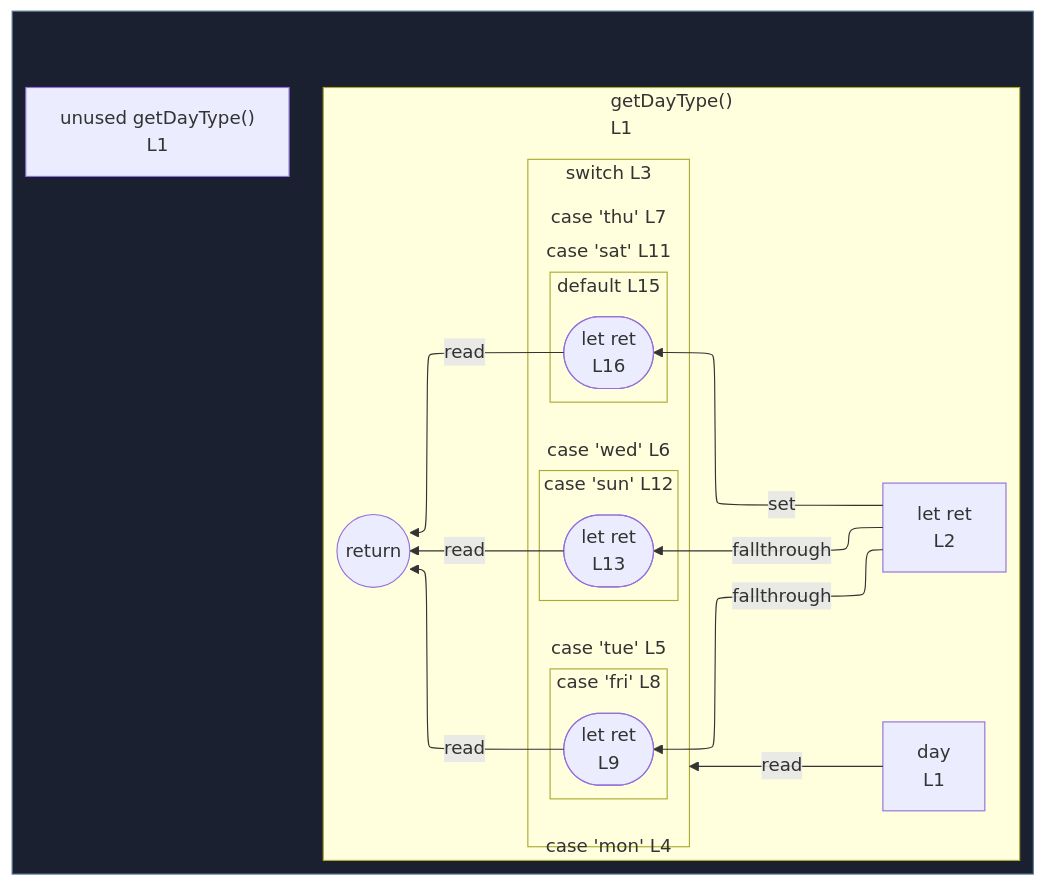
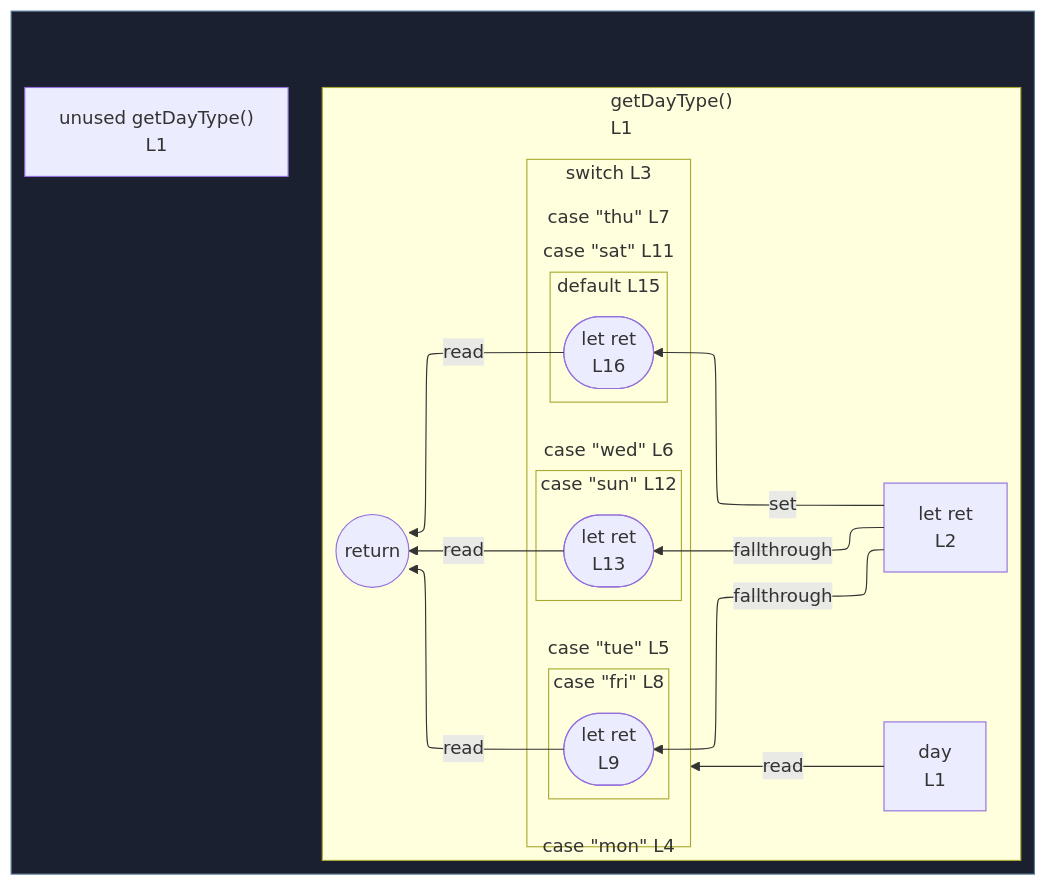
Before and after one commit to crescware/unsnarl: the diagram in integration/fixtures/function-switch-grouped-cases/preview.md, drawn with Mermaid. The commit also changed other lines of this file and 11 other files, not shown here.

````diff
--- a/integration/fixtures/function-switch-grouped-cases/preview.md
+++ b/integration/fixtures/function-switch-grouped-cases/preview.md
@@ -30,53 +30,53 @@
 ```mermaid
 %%{init: {"flowchart": {"defaultRenderer": "elk"}}}%%
 flowchart RL
   subgraph wrap_s_scope_1[" "]
     direction TB
     n_scope_0_getDayType_9["unused getDayType()<br/>L1"]
     subgraph s_scope_1["getDayType()<br/>L1"]
       direction RL
       return_scope_0_getDayType_9((return))
       n_scope_1_day_20["day<br/>L1"]
       n_scope_1_ret_33["let ret<br/>L2"]
       subgraph s_scope_2["switch L3"]
         direction RL
-        subgraph s_scope_3["case 'mon' L4"]
+        subgraph s_scope_3["case &quot;mon&quot; L4"]
           direction RL
         end
-        subgraph s_scope_4["case 'tue' L5"]
+        subgraph s_scope_4["case &quot;tue&quot; L5"]
           direction RL
         end
-        subgraph s_scope_5["case 'wed' L6"]
+        subgraph s_scope_5["case &quot;wed&quot; L6"]
           direction RL
         end
-        subgraph s_scope_6["case 'thu' L7"]
+        subgraph s_scope_6["case &quot;thu&quot; L7"]
           direction RL
         end
-        subgraph s_scope_7["case 'fri' L8"]
+        subgraph s_scope_7["case &quot;fri&quot; L8"]
           direction RL
           wr_ref_1(["let ret<br/>L9"])
         end
-        subgraph s_scope_8["case 'sat' L11"]
+        subgraph s_scope_8["case &quot;sat&quot; L11"]
           direction RL
         end
-        subgraph s_scope_9["case 'sun' L12"]
+        subgraph s_scope_9["case &quot;sun&quot; L12"]
           direction RL
           wr_ref_2(["let ret<br/>L13"])
         end
         subgraph s_scope_10["default L15"]
           direction RL
           wr_ref_3(["let ret<br/>L16"])
         end
       end
     end
   end
   n_scope_1_ret_33 -->|fallthrough| wr_ref_1
   n_scope_1_ret_33 -->|fallthrough| wr_ref_2
   n_scope_1_ret_33 -->|set| wr_ref_3
   n_scope_1_day_20 -->|read| s_scope_2
   wr_ref_1 -->|read| return_scope_0_getDayType_9
   wr_ref_2 -->|read| return_scope_0_getDayType_9
   wr_ref_3 -->|read| return_scope_0_getDayType_9
   classDef fnWrap fill:#1a2030,stroke:#5a7d99;
   class wrap_s_scope_1 fnWrap;
 ```
````
